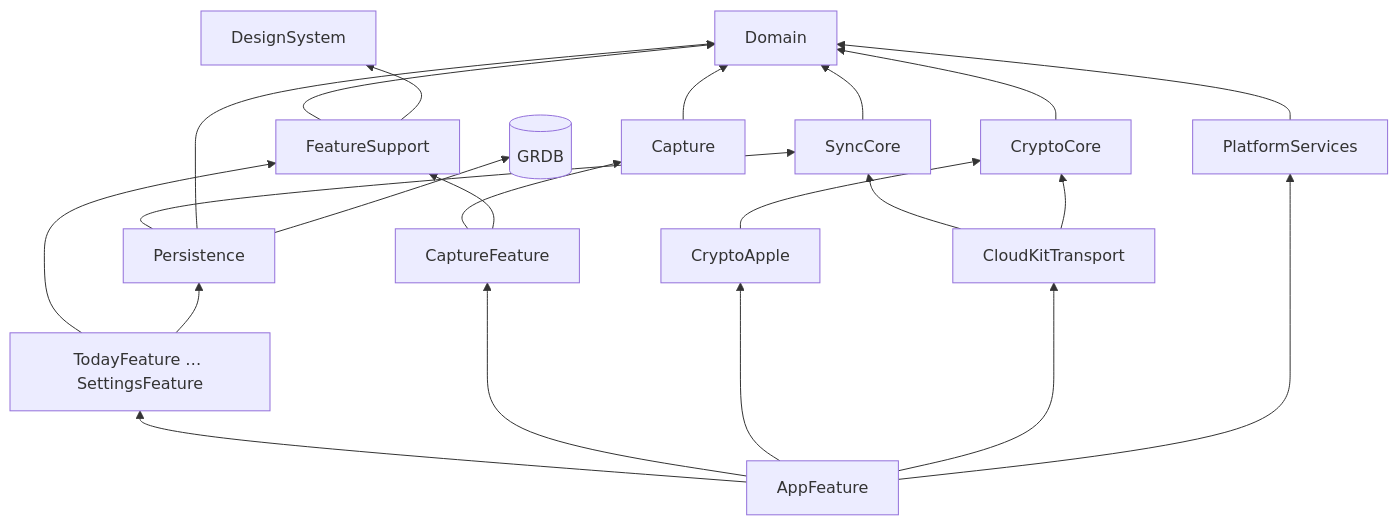
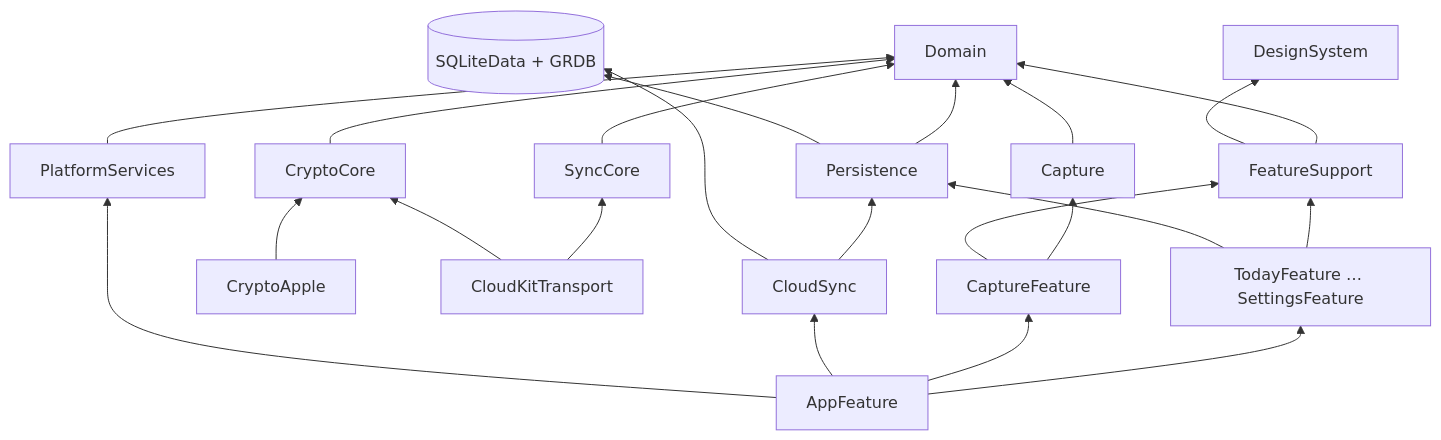
Before and after one commit to duong6003/Life-OS: the diagram in docs/architecture/module-structure.md, drawn with Mermaid. The commit also changed other lines of this file and 71 other files, not shown here.

Commit message:
docs: adopt SQLiteData for MVP (ADR-0016)

````diff
--- a/docs/architecture/module-structure.md
+++ b/docs/architecture/module-structure.md
@@ -73,26 +77,26 @@
 ```mermaid
 flowchart BT
   Domain
   Capture --> Domain
   SyncCore --> Domain
   CryptoCore --> Domain
-  Persistence --> SyncCore
   Persistence --> Domain
-  Persistence --> GRDB[(GRDB)]
+  Persistence --> SQLiteData[(SQLiteData + GRDB)]
+  CloudSync --> Persistence
+  CloudSync --> SQLiteData
   CryptoApple --> CryptoCore
   CloudKitTransport --> SyncCore
   CloudKitTransport --> CryptoCore
   PlatformServices --> Domain
   DesignSystem
   FeatureSupport --> Domain
   FeatureSupport --> DesignSystem
   XFeature["TodayFeature … SettingsFeature"] --> FeatureSupport
   XFeature --> Persistence
   CaptureFeature --> Capture
   CaptureFeature --> FeatureSupport
   AppFeature --> XFeature
   AppFeature --> CaptureFeature
-  AppFeature --> CryptoApple
-  AppFeature --> CloudKitTransport
+  AppFeature --> CloudSync
   AppFeature --> PlatformServices
 ```
````
